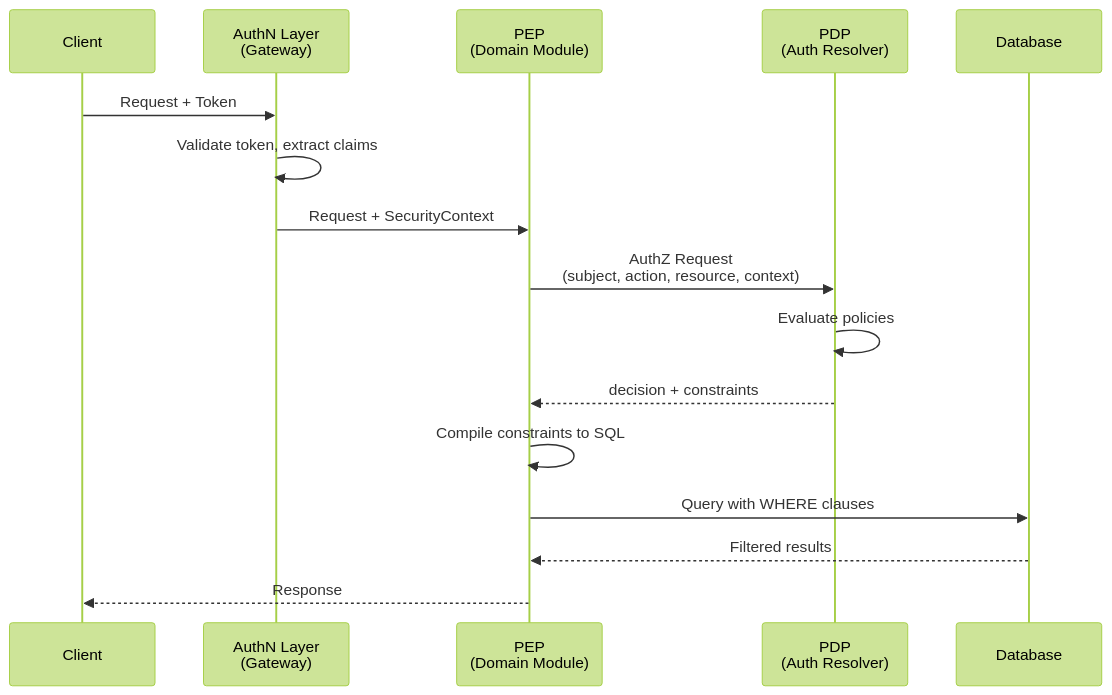
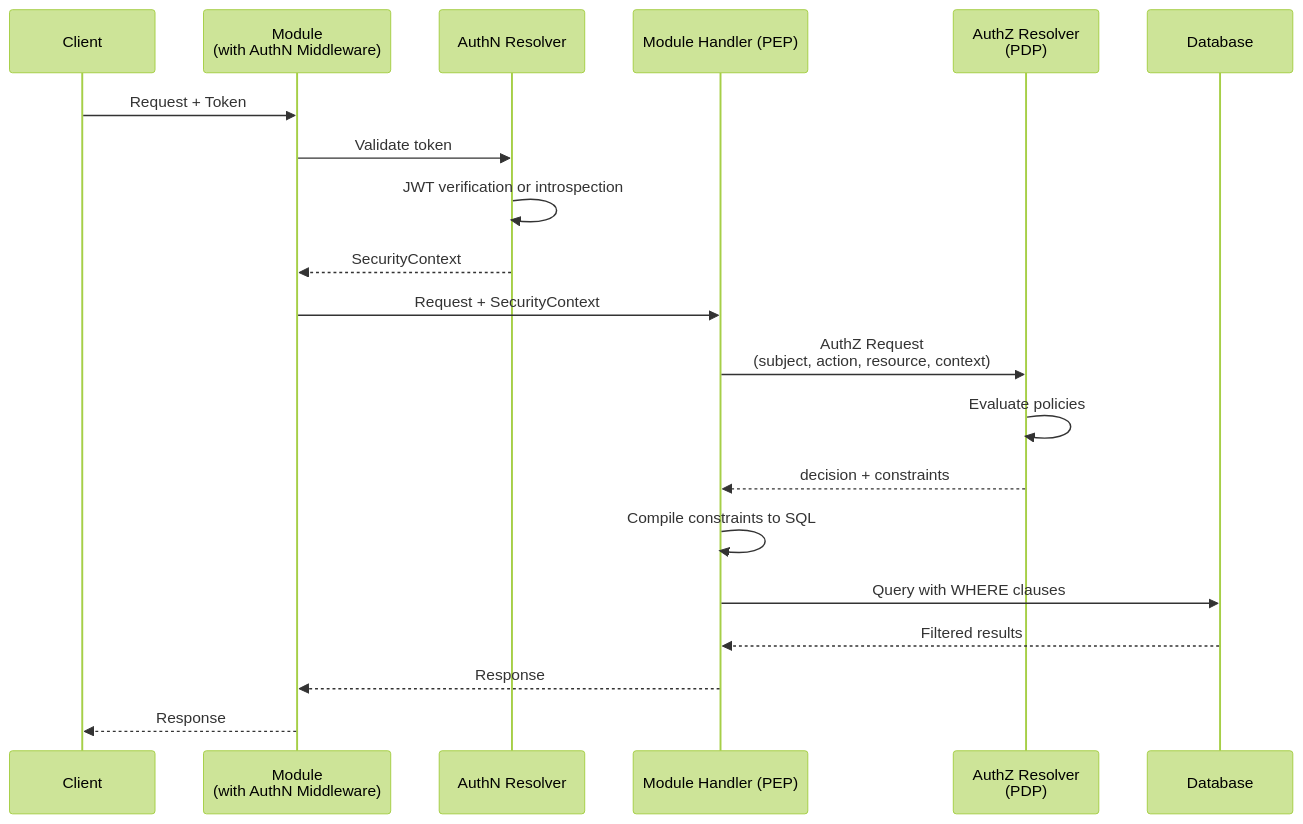
One commit to aviator5/hyperspot changed the first of 5 diagrams in docs/authorization/AUTH.md. Above: the diagram before and after it, drawn with Mermaid (forest theme). The commit also changed other lines of this file and 4 other files, not shown here.

Commit message:
split Auth Resolver into AuthN Resolver and AuthZ Resolver

````diff
--- a/docs/authorization/AUTH.md
+++ b/docs/authorization/AUTH.md
@@ -65,19 +123,23 @@
 ```mermaid
 sequenceDiagram
     participant Client
-    participant AuthN as AuthN Layer<br/>(Gateway)
-    participant PEP as PEP<br/>(Domain Module)
-    participant PDP as PDP<br/>(Auth Resolver)
+    participant Module as Module<br/>(with AuthN Middleware)
+    participant AuthN as AuthN Resolver
+    participant Handler as Module Handler (PEP)
+    participant AuthZ as AuthZ Resolver<br/>(PDP)
     participant DB as Database
 
-    Client->>AuthN: Request + Token
-    AuthN->>AuthN: Validate token, extract claims
-    AuthN->>PEP: Request + SecurityContext
-    PEP->>PDP: AuthZ Request<br/>(subject, action, resource, context)
-    PDP->>PDP: Evaluate policies
-    PDP-->>PEP: decision + constraints
-    PEP->>PEP: Compile constraints to SQL
-    PEP->>DB: Query with WHERE clauses
-    DB-->>PEP: Filtered results
-    PEP-->>Client: Response
+    Client->>Module: Request + Token
+    Module->>AuthN: Validate token
+    AuthN->>AuthN: JWT verification or introspection
+    AuthN-->>Module: SecurityContext
+    Module->>Handler: Request + SecurityContext
+    Handler->>AuthZ: AuthZ Request<br/>(subject, action, resource, context)
+    AuthZ->>AuthZ: Evaluate policies
+    AuthZ-->>Handler: decision + constraints
+    Handler->>Handler: Compile constraints to SQL
+    Handler->>DB: Query with WHERE clauses
+    DB-->>Handler: Filtered results
+    Handler-->>Module: Response
+    Module-->>Client: Response
 ```
````
